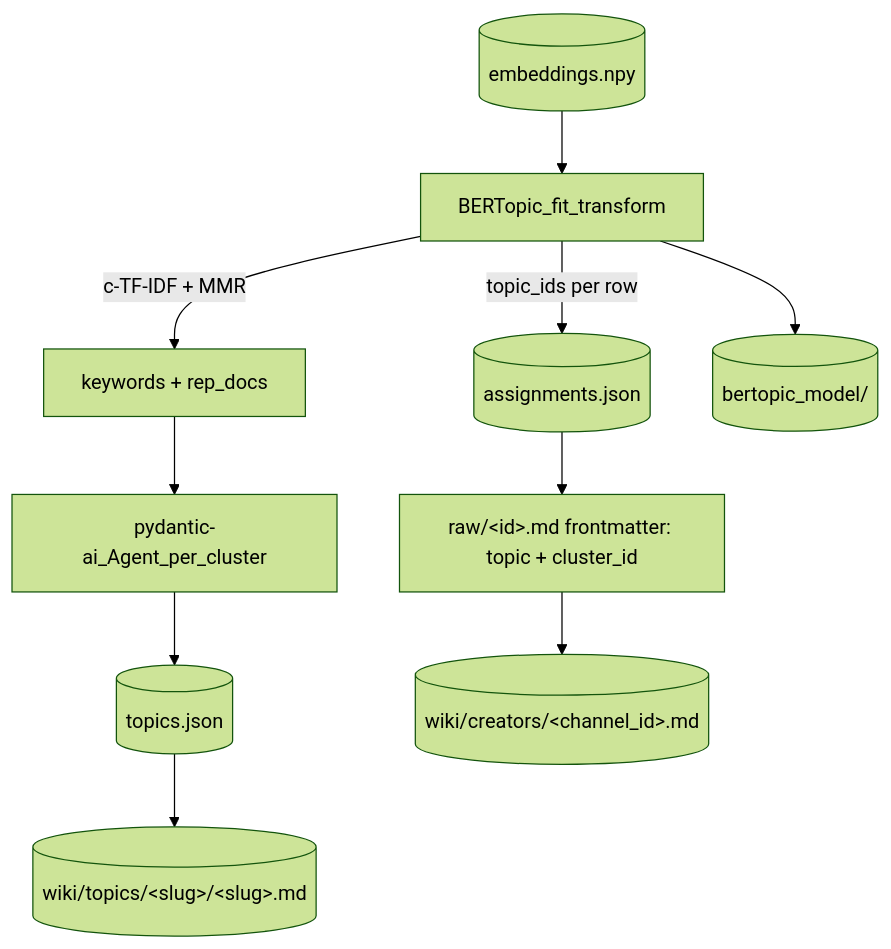
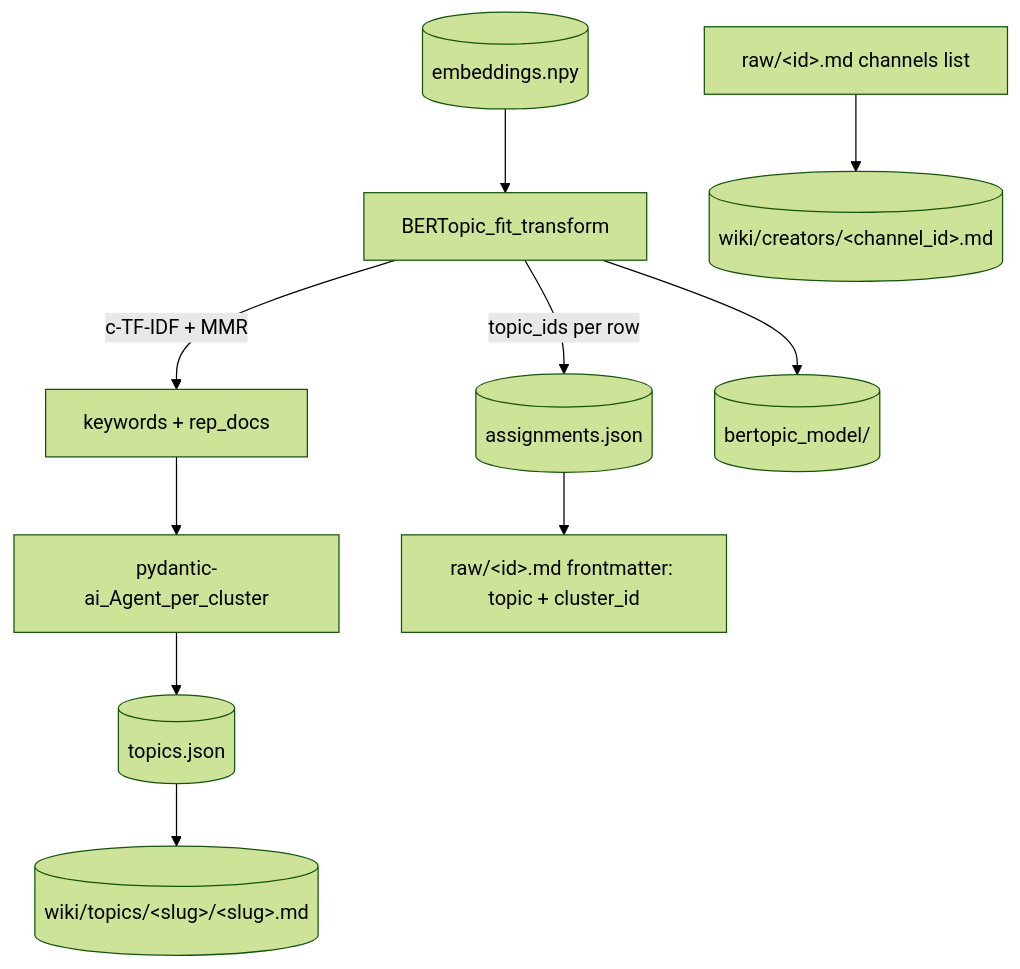
Before and after one commit to lars20070/youtubebrain: the diagram in lat.md/clusters.md, drawn with Mermaid (forest theme). The commit also changed 1 other file, not shown here.

Commit message:
Update creators list in lat.md

````diff
--- a/lat.md/clusters.md
+++ b/lat.md/clusters.md
@@ -11,12 +11,12 @@
 ```mermaid
 flowchart TD
     Emb[(embeddings.npy)] --> Fit[BERTopic_fit_transform]
     Fit -->|topic_ids per row| Assign[(assignments.json)]
     Fit -->|c-TF-IDF + MMR| Reps[keywords + rep_docs]
     Reps --> Agent[pydantic-ai_Agent_per_cluster]
     Agent --> Topics[(topics.json)]
     Fit --> Model[(bertopic_model/)]
     Topics --> Wiki[(wiki/topics/&lt;slug&gt;/&lt;slug&gt;.md)]
     Assign --> RawFM[raw/&lt;id&gt;.md frontmatter: topic + cluster_id]
-    RawFM --> Creators[(wiki/creators/&lt;channel_id&gt;.md)]
+    RawChannels[raw/&lt;id&gt;.md channels list] --> Creators[(wiki/creators/&lt;channel_id&gt;.md)]
 ```
````
